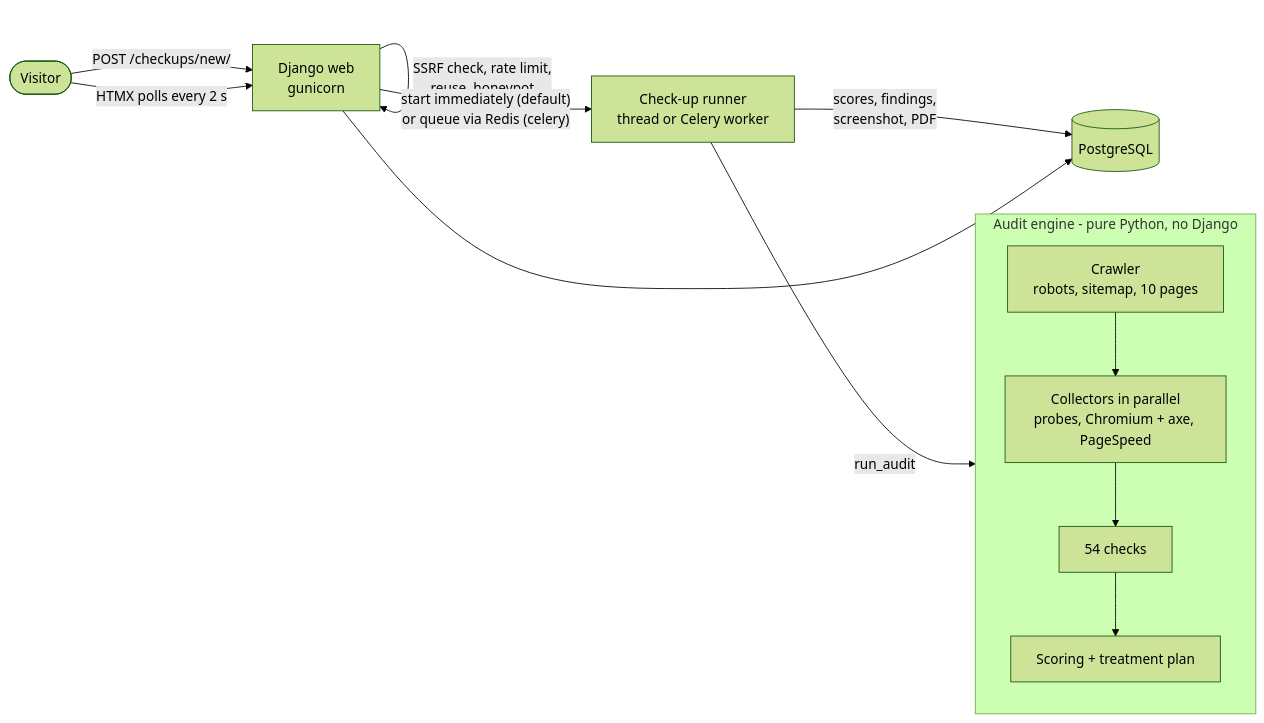
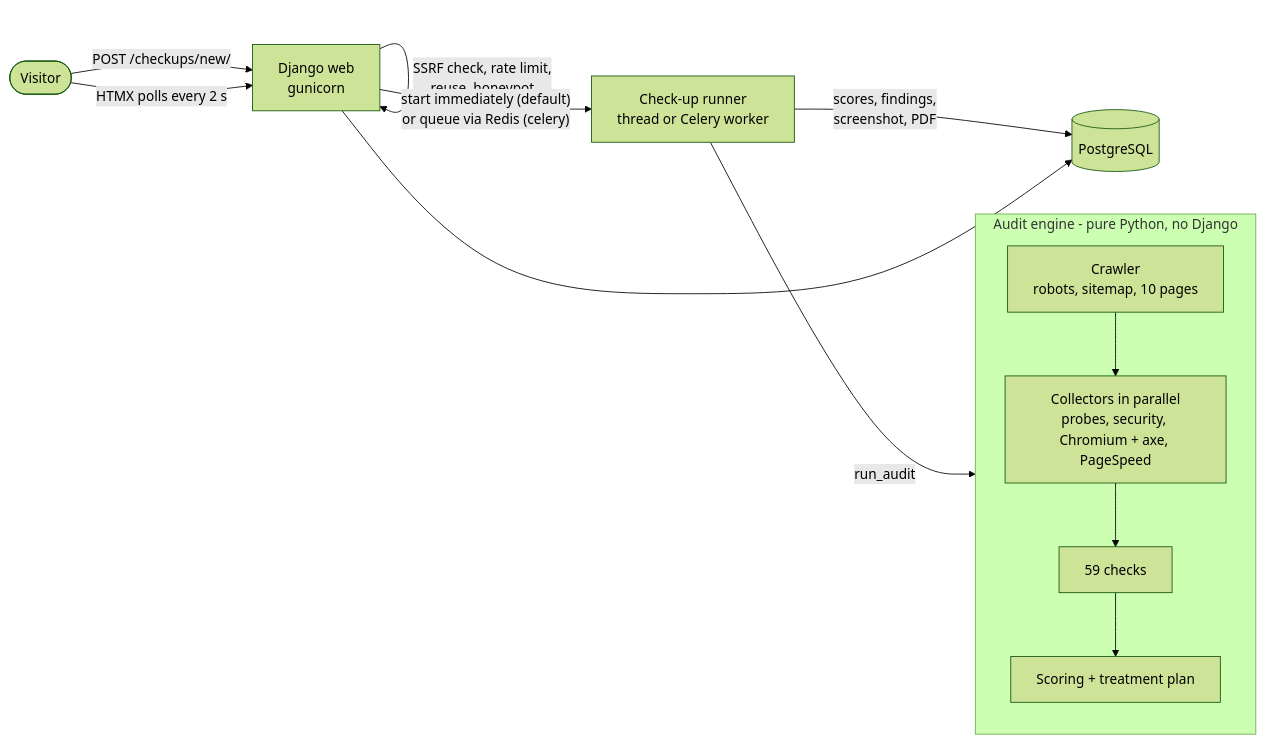
Before and after one commit to rdhafiz/bizzcheckup: the diagram in README.md, drawn with Mermaid (forest theme). The commit also changed other lines of this file and 14 other files, not shown here.

````diff
--- a/README.md
+++ b/README.md
@@ -56,18 +56,18 @@
 ```mermaid
 flowchart LR
     V([Visitor]) -->|POST /checkups/new/| W[Django web<br/>gunicorn]
     W -->|SSRF check, rate limit,<br/>reuse, honeypot| W
     W -->|"start immediately (default)<br/>or queue via Redis (celery)"| K[Check-up runner<br/>thread or Celery worker]
     K -->|run_audit| E
 
     subgraph E [Audit engine - pure Python, no Django]
       direction TB
       C[Crawler<br/>robots, sitemap, 10 pages] --> X
-      X[Collectors in parallel<br/>probes, Chromium + axe, PageSpeed] --> CH[54 checks]
+      X[Collectors in parallel<br/>probes, security, Chromium + axe, PageSpeed] --> CH[59 checks]
       CH --> S[Scoring + treatment plan]
     end
 
     K -->|scores, findings,<br/>screenshot, PDF| P[(PostgreSQL)]
     V -->|HTMX polls every 2 s| W
     W --> P
 ```
````
